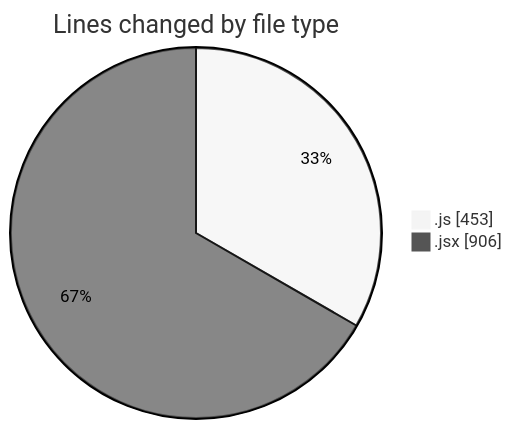
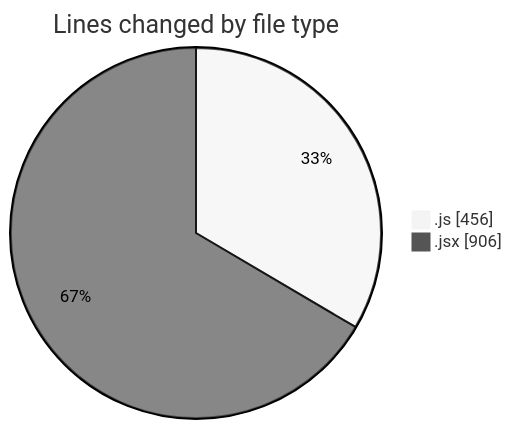
The first of 2 diagrams in 2025-01-13/termonied-web/README.md (robertbonfada/code-tracking), drawn with Mermaid (neutral theme) before and after one commit. The commit also changed other lines of this file and 1 other file, not shown here.

````diff
--- a/2025-01-13/termonied-web/README.md
+++ b/2025-01-13/termonied-web/README.md
@@ -22,6 +22,6 @@
 ```mermaid
 pie showData
 title Lines changed by file type
-".js" : 453
+".js" : 456
 ".jsx" : 906
 ```
````
